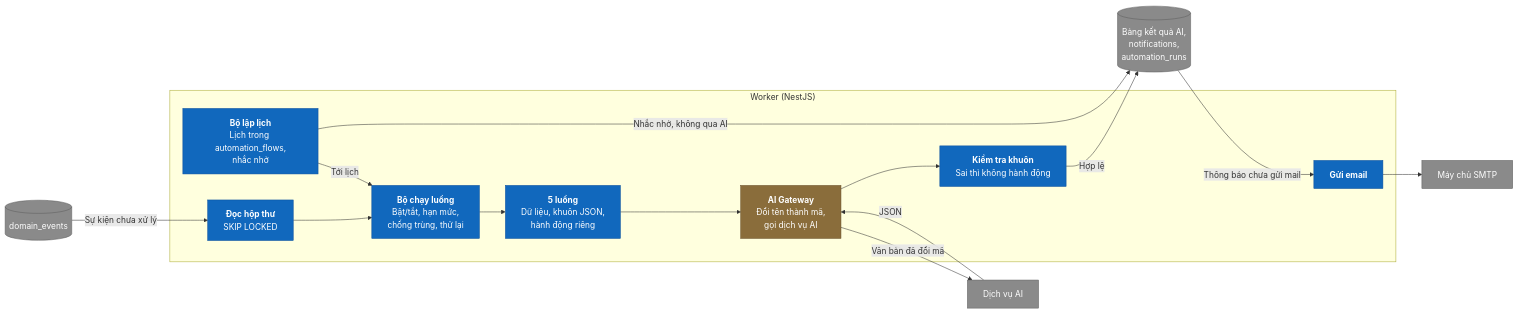
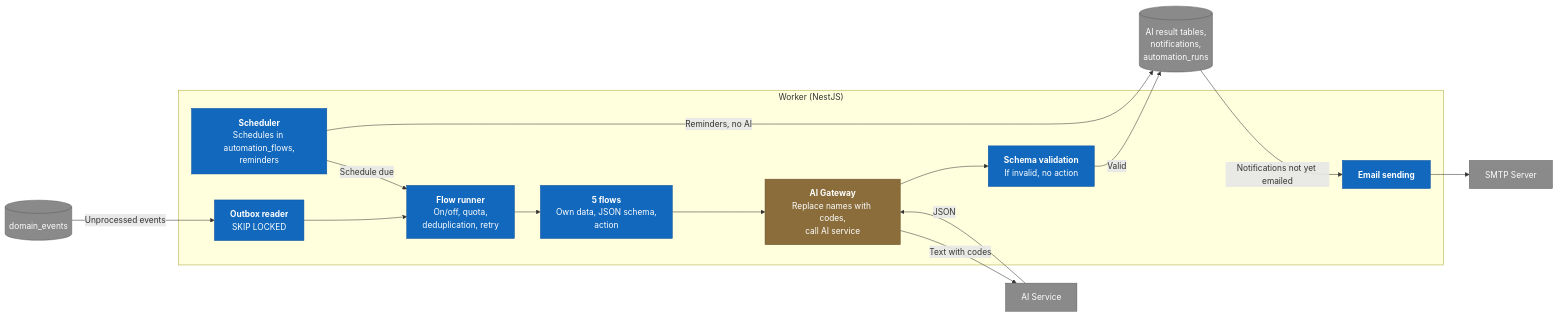
One commit to Akaza-ban/OCK-360 changed the fourth of 5 diagrams in docs/architecture/c4.md. Above: the diagram before and after it, drawn with Mermaid. The commit also changed other lines of this file and 24 other files, not shown here.

````diff
--- a/docs/architecture/c4.md
+++ b/docs/architecture/c4.md
@@ -134,36 +134,36 @@
 ```mermaid
 flowchart LR
     db1[("domain_events")]
     subgraph worker["Worker (NestJS)"]
-        scheduler["<b>Bộ lập lịch</b><br/>Lịch trong automation_flows,<br/>nhắc nhở"]
-        poller["<b>Đọc hộp thư</b><br/>SKIP LOCKED"]
-        runner["<b>Bộ chạy luồng</b><br/>Bật/tắt, hạn mức,<br/>chống trùng, thử lại"]
-        flows["<b>5 luồng</b><br/>Dữ liệu, khuôn JSON,<br/>hành động riêng"]
-        gateway["<b>AI Gateway</b><br/>Đổi tên thành mã,<br/>gọi dịch vụ AI"]
-        validator["<b>Kiểm tra khuôn</b><br/>Sai thì không hành động"]
-        mail["<b>Gửi email</b>"]
+        scheduler["<b>Scheduler</b><br/>Schedules in automation_flows,<br/>reminders"]
+        poller["<b>Outbox reader</b><br/>SKIP LOCKED"]
+        runner["<b>Flow runner</b><br/>On/off, quota,<br/>deduplication, retry"]
+        flows["<b>5 flows</b><br/>Own data, JSON schema,<br/>action"]
+        gateway["<b>AI Gateway</b><br/>Replace names with codes,<br/>call AI service"]
+        validator["<b>Schema validation</b><br/>If invalid, no action"]
+        mail["<b>Email sending</b>"]
     end
-    db2[("Bảng kết quả AI,<br/>notifications,<br/>automation_runs")]
-    ai["Dịch vụ AI"]
-    smtp["Máy chủ SMTP"]
+    db2[("AI result tables,<br/>notifications,<br/>automation_runs")]
+    ai["AI Service"]
+    smtp["SMTP Server"]
 
-    db1 -->|"Sự kiện chưa xử lý"| poller
+    db1 -->|"Unprocessed events"| poller
     poller --> runner
-    scheduler -->|"Tới lịch"| runner
+    scheduler -->|"Schedule due"| runner
     runner --> flows
     flows --> gateway
-    gateway -->|"Văn bản đã đổi mã"| ai
+    gateway -->|"Text with codes"| ai
     ai -->|"JSON"| gateway
     gateway --> validator
-    validator -->|"Hợp lệ"| db2
-    scheduler -->|"Nhắc nhở, không qua AI"| db2
-    db2 -->|"Thông báo chưa gửi mail"| mail
+    validator -->|"Valid"| db2
+    scheduler -->|"Reminders, no AI"| db2
+    db2 -->|"Notifications not yet emailed"| mail
     mail --> smtp
 
     classDef ext fill:#8a8a8a,color:#fff,stroke:#5e5e5e
     classDef comp fill:#1168bd,color:#fff,stroke:#0b4f9e
     classDef aiComp fill:#8a6d3b,color:#fff,stroke:#6b532c
     class db1,db2,ai,smtp ext
     class scheduler,poller,runner,flows,validator,mail comp
     class gateway aiComp
 ```
````
